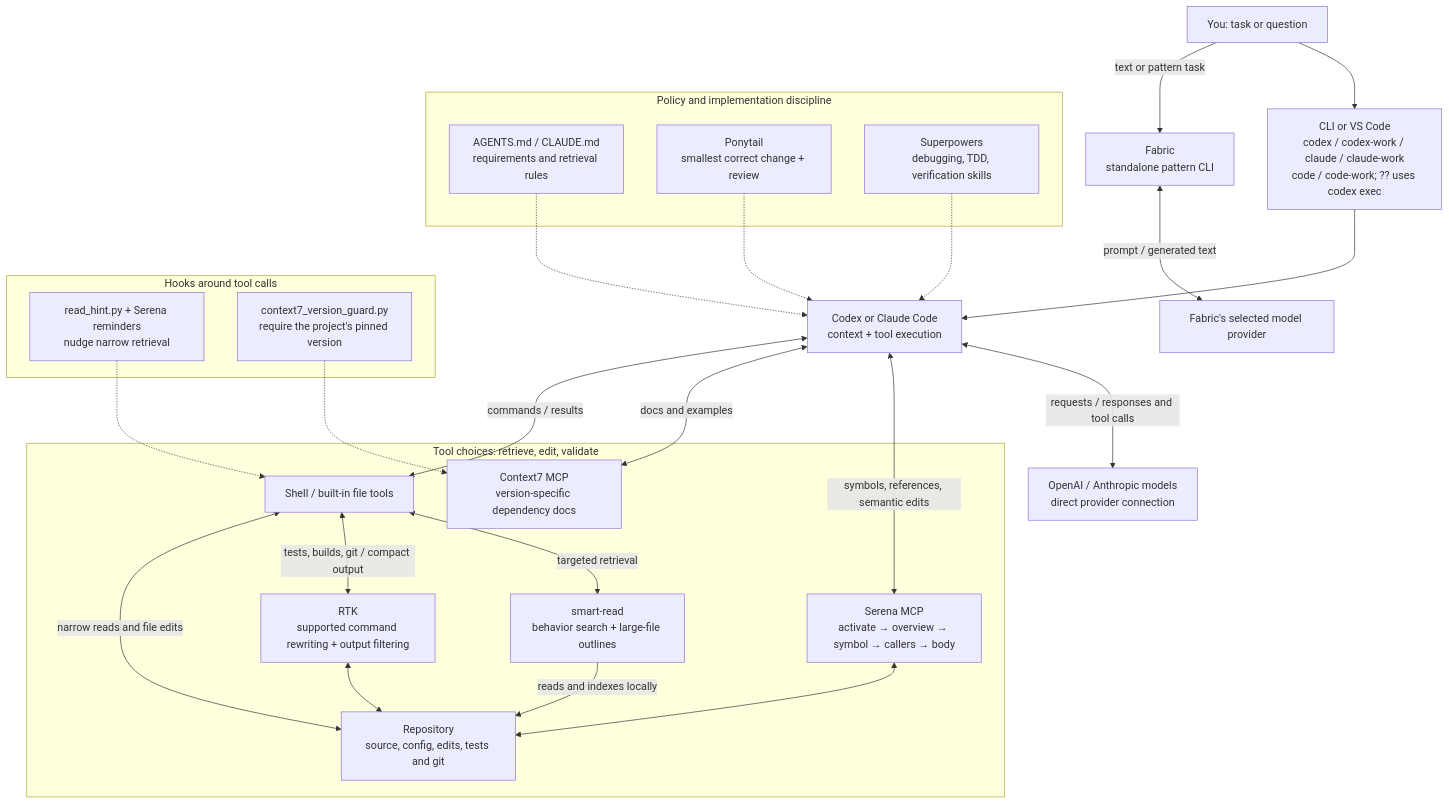
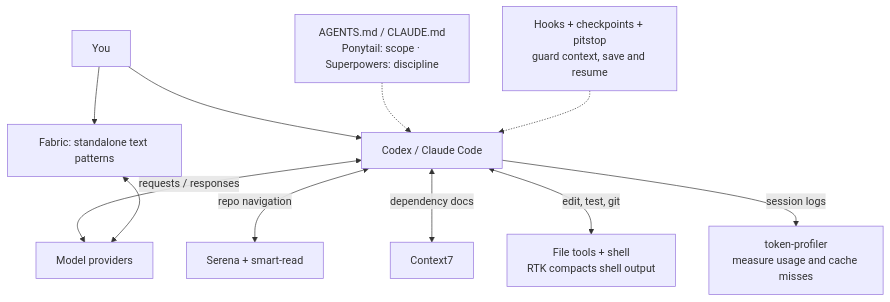
The diagram in llm/TOOLCHAIN.md (fefzoman/dotfiles), drawn with Mermaid before and after one commit. The commit also changed other lines of this file, not shown here.

Commit message:
Simplify AI toolchain mental model

````diff
--- a/llm/TOOLCHAIN.md
+++ b/llm/TOOLCHAIN.md
@@ -27,43 +25,16 @@
 ```mermaid
 flowchart TB
-    user["You: task or question"] --> entry["CLI or VS Code<br/>codex / codex-work / claude / claude-work<br/>code / code-work; ?? uses codex exec"]
-    entry --> agent["Codex or Claude Code<br/>context + tool execution"]
-    agent <-->|"requests / responses and tool calls"| models["OpenAI / Anthropic models<br/>direct provider connection"]
+    user["You"] --> agent["Codex / Claude Code"]
+    agent <-->|"requests / responses"| models["Model providers"]
+    policy["AGENTS.md / CLAUDE.md<br/>Ponytail: scope · Superpowers: discipline"] -.-> agent
 
-    subgraph guidance["Policy and implementation discipline"]
-        policy["AGENTS.md / CLAUDE.md<br/>requirements and retrieval rules"]
-        ponytail["Ponytail<br/>smallest correct change + review"]
-        superpowers["Superpowers<br/>debugging, TDD, verification skills"]
-    end
-    policy -.-> agent
-    ponytail -.-> agent
-    superpowers -.-> agent
+    agent <-->|"repo navigation"| code["Serena + smart-read"]
+    agent <-->|"dependency docs"| docs["Context7"]
+    agent <-->|"edit, test, git"| shell["File tools + shell<br/>RTK compacts shell output"]
 
-    subgraph tools["Tool choices: retrieve, edit, validate"]
-        serena["Serena MCP<br/>activate → overview → symbol → callers → body"]
-        context7["Context7 MCP<br/>version-specific dependency docs"]
-        shell["Shell / built-in file tools"]
-        smart["smart-read<br/>behavior search + large-file outlines"]
-        rtk["RTK<br/>supported command rewriting + output filtering"]
-        repo["Repository<br/>source, config, edits, tests and git"]
-    end
-    agent <-->|"symbols, references, semantic edits"| serena
-    serena <--> repo
-    agent <-->|"docs and examples"| context7
-    agent <-->|"commands / results"| shell
-    shell <-->|"targeted retrieval"| smart
-    smart -->|"reads and indexes locally"| repo
-    shell <-->|"tests, builds, git / compact output"| rtk
-    rtk <--> repo
-    shell <-->|"narrow reads and file edits"| repo
+    session["Hooks + checkpoints + pitstop<br/>guard context, save and resume"] -.-> agent
+    agent -->|"session logs"| profiler["token-profiler<br/>measure usage and cache misses"]
 
-    subgraph guards["Hooks around tool calls"]
-        hints["read_hint.py + Serena reminders<br/>nudge narrow retrieval"]
-        version["context7_version_guard.py<br/>require the project's pinned version"]
-    end
-    hints -.-> shell
-    version -.-> context7
-
-    user -->|"text or pattern task"| fabric["Fabric<br/>standalone pattern CLI"]
-    fabric <-->|"prompt / generated text"| provider["Fabric's selected model provider"]
+    user --> fabric["Fabric: standalone text patterns"]
+    fabric <--> models
 ```
````
